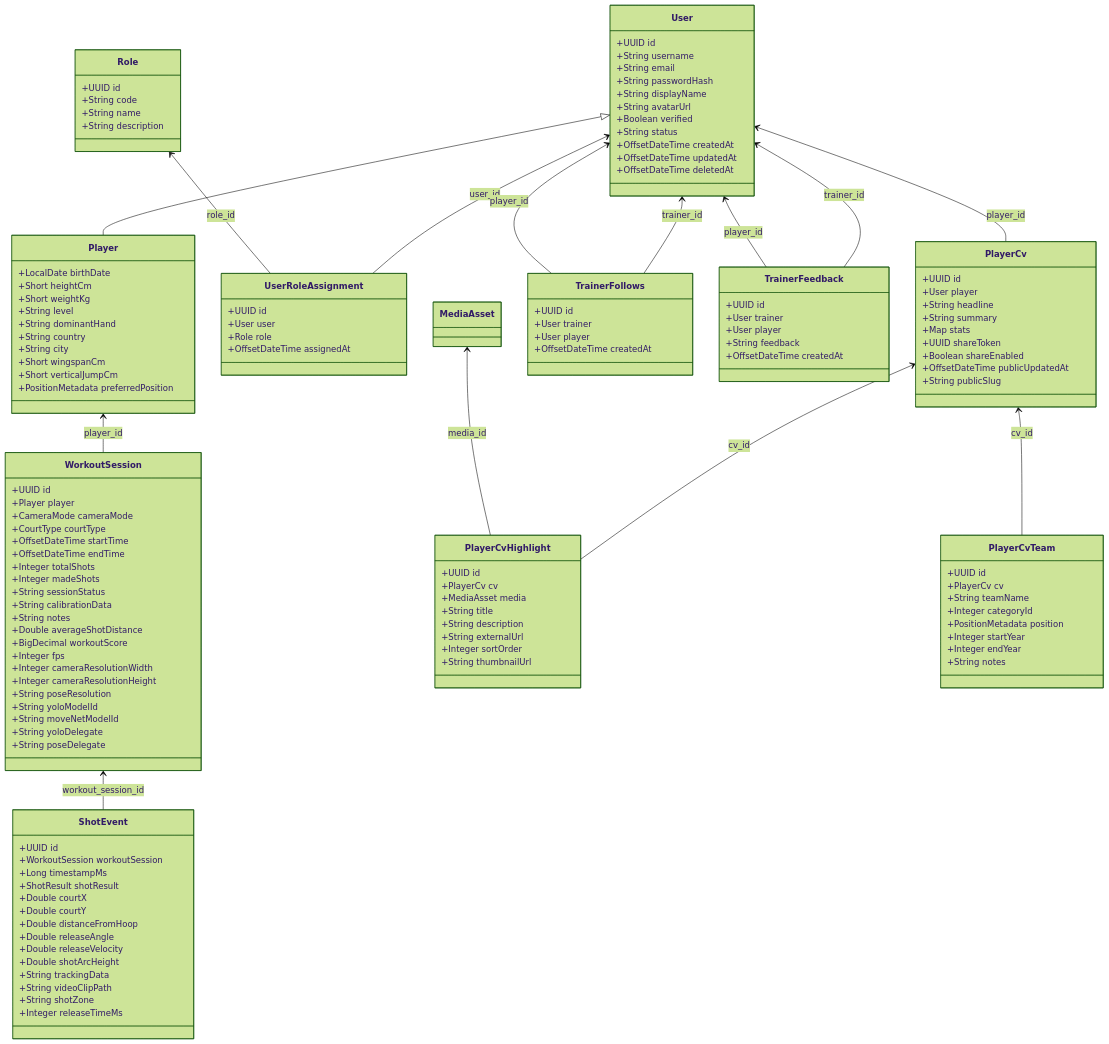
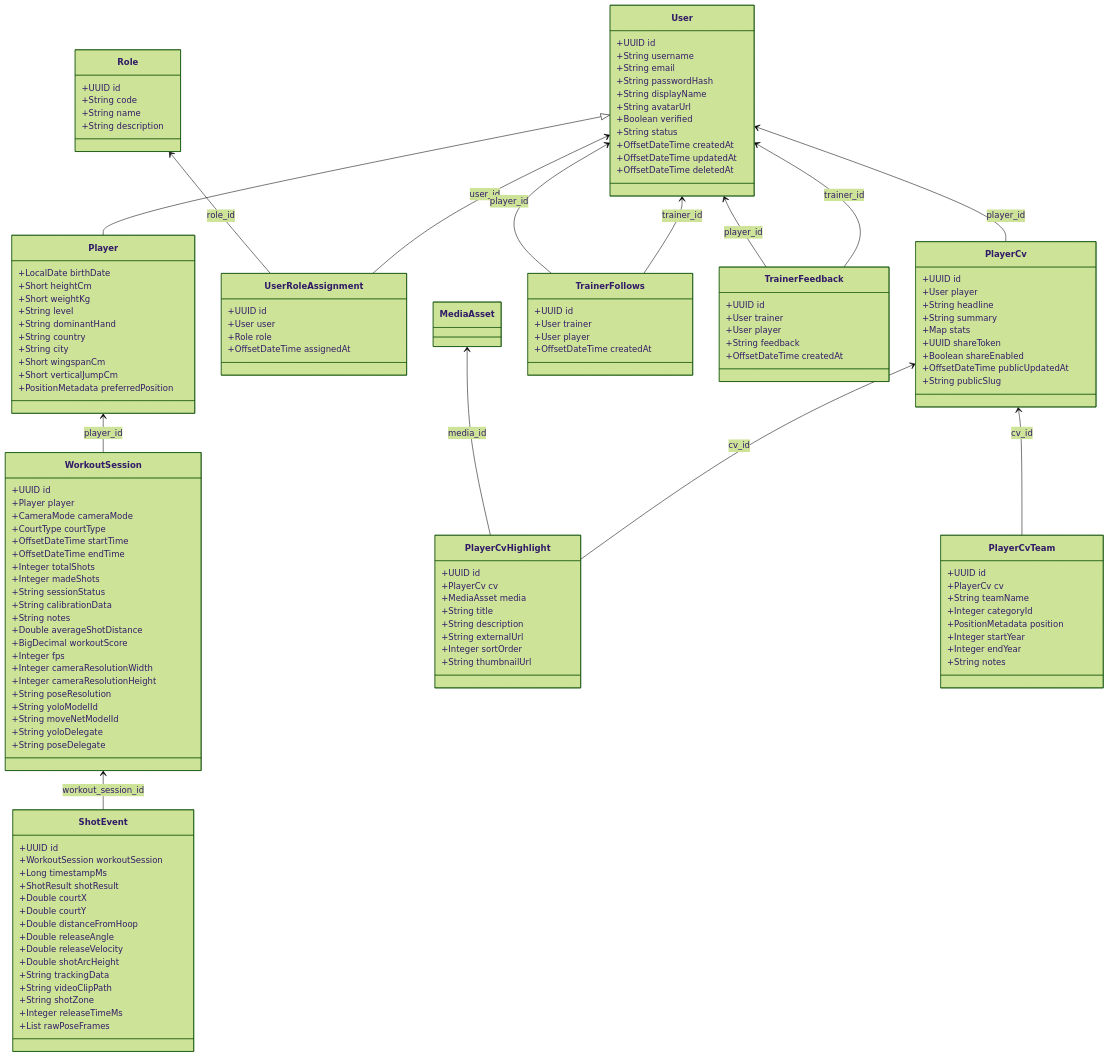
The diagram in ANALISI_BACKEND.md (robmir77/mvpiq-hoops-backend), drawn with Mermaid (forest theme) before and after one commit. The commit also changed other lines of this file and 1 other file, not shown here.

```diff
--- a/ANALISI_BACKEND.md
+++ b/ANALISI_BACKEND.md
@@ -253,6 +261,7 @@
         +String videoClipPath
         +String shotZone
         +Integer releaseTimeMs
+        +List<RawPoseFrame> rawPoseFrames
     }
     class PlayerCv {
         +UUID id
```
